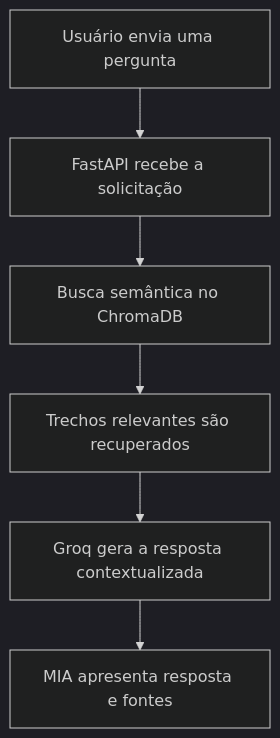
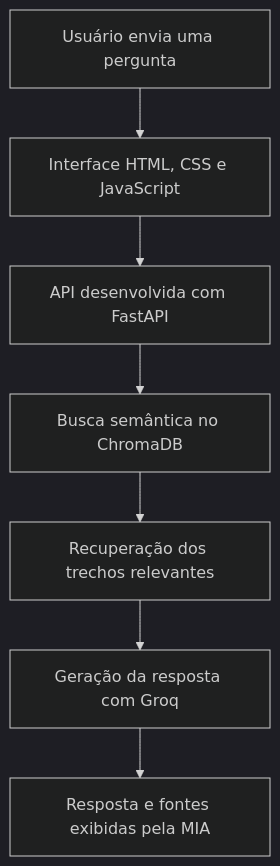
The diagram in README.md (DaniellaMateus/mercado-IA), drawn with Mermaid (dark theme) before and after one commit. The commit also changed other lines of this file, not shown here.

````diff
--- a/README.md
+++ b/README.md
@@ -65,8 +66,9 @@
 ```mermaid
 flowchart TD
-    A["Usuário envia uma pergunta"] --> B["FastAPI recebe a solicitação"]
-    B --> C["Busca semântica no ChromaDB"]
-    C --> D["Trechos relevantes são recuperados"]
-    D --> E["Groq gera a resposta contextualizada"]
-    E --> F["MIA apresenta resposta e fontes"]
+    A["Usuário envia uma pergunta"] --> B["Interface HTML, CSS e JavaScript"]
+    B --> C["API desenvolvida com FastAPI"]
+    C --> D["Busca semântica no ChromaDB"]
+    D --> E["Recuperação dos trechos relevantes"]
+    E --> F["Geração da resposta com Groq"]
+    F --> G["Resposta e fontes exibidas pela MIA"]
 ```
````
